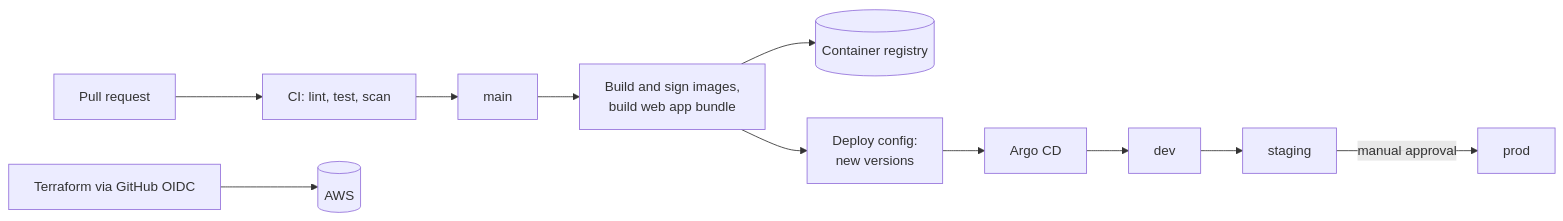
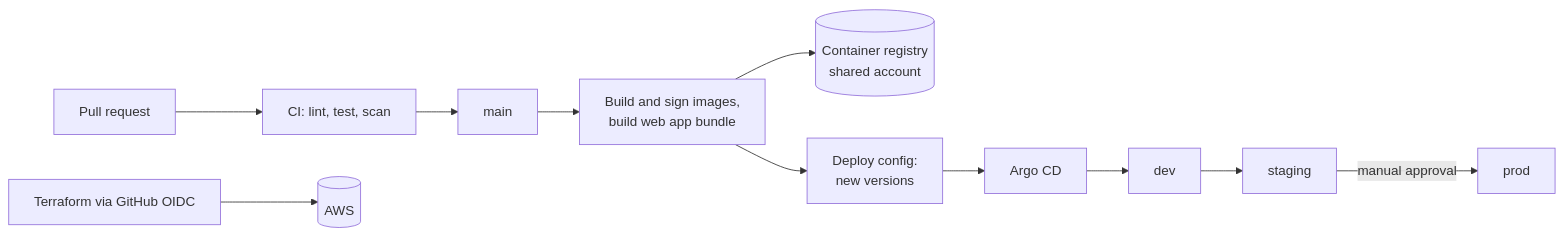
The third of 8 diagrams in docs/architecture.md (codewithmuh/secure-file-transfer), drawn with Mermaid before and after one commit. The commit also changed other lines of this file and 10 other files, not shown here.

````diff
--- a/docs/architecture.md
+++ b/docs/architecture.md
@@ -153,13 +207,13 @@
 ```mermaid
 flowchart LR
     pr["Pull request"] --> ci["CI: lint, test, scan"]
     ci --> main["main"]
     main --> build["Build and sign images,<br/>build web app bundle"]
-    build --> reg[("Container registry")]
+    build --> reg[("Container registry<br/>shared account")]
     build --> cfg["Deploy config:<br/>new versions"]
     cfg --> argo["Argo CD"]
     argo --> dev["dev"]
     dev --> stg["staging"]
     stg -->|"manual approval"| prod["prod"]
     tf["Terraform via GitHub OIDC"] --> aws[("AWS")]
 ```
````
